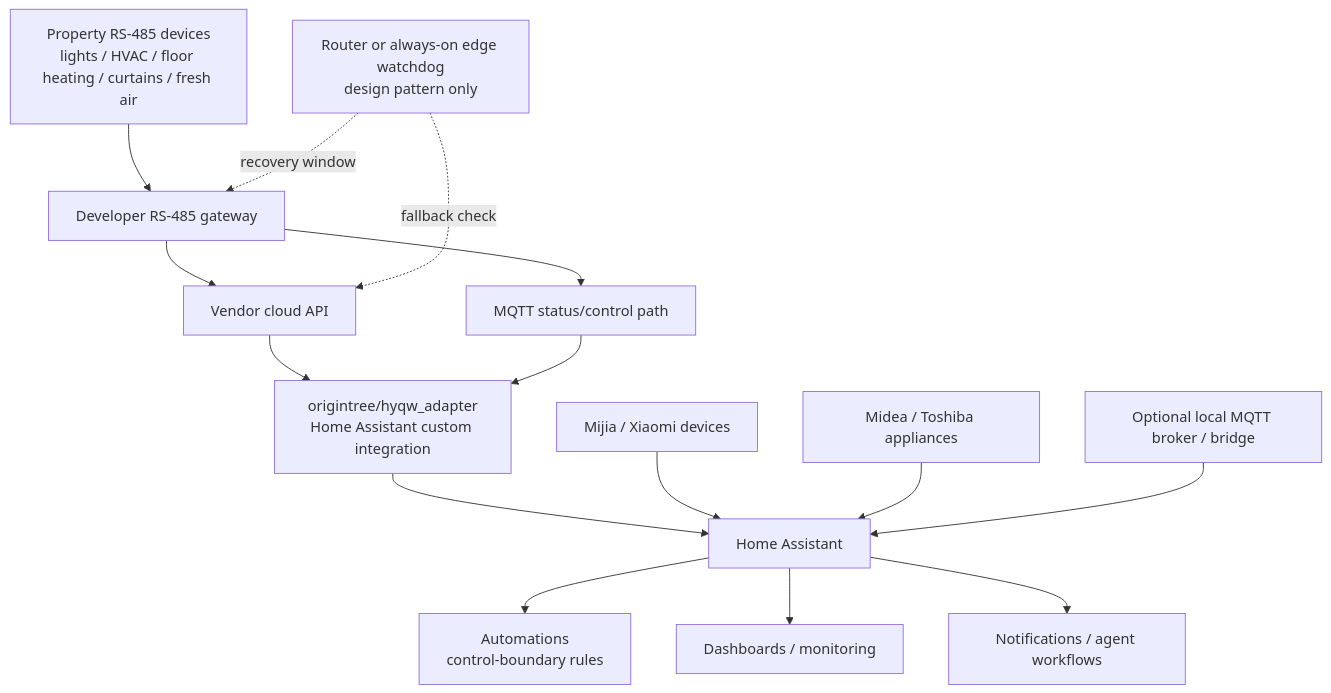
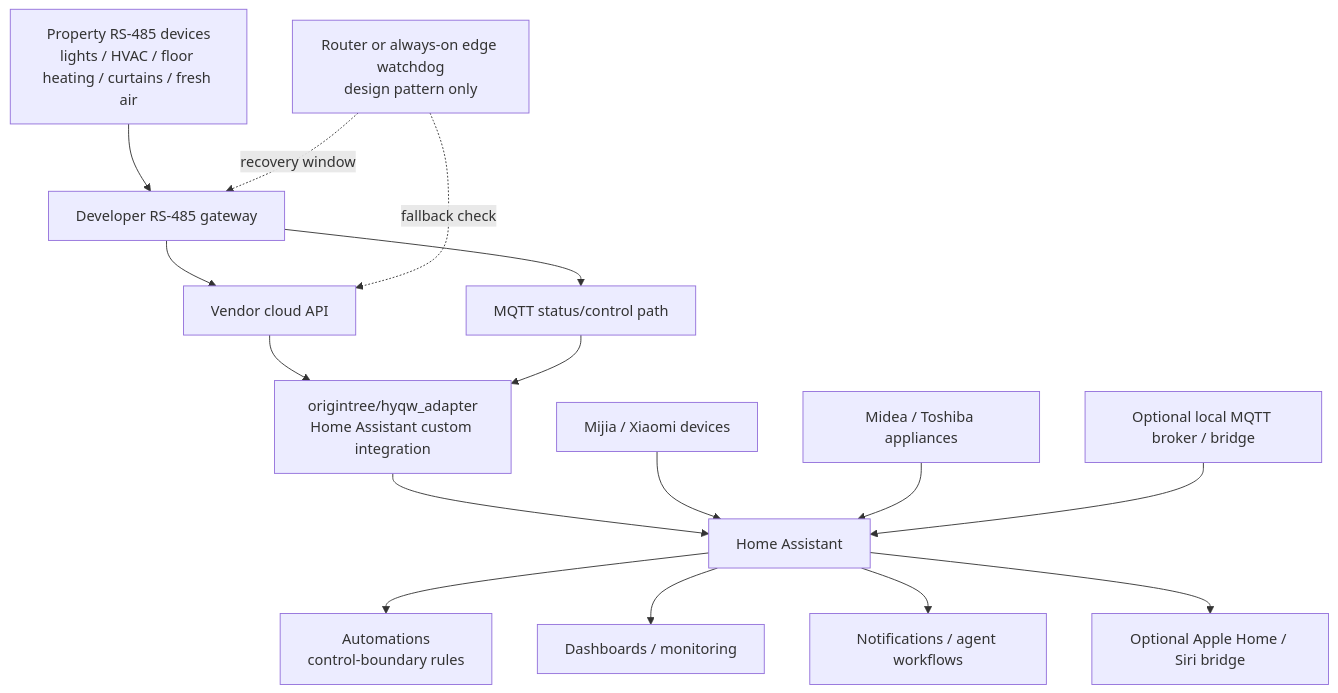
One commit to waiT-Chi/hyqw-ha-home-recipes changed the diagram in README.md. Above: the diagram before and after it, drawn with Mermaid. The commit also changed other lines of this file and 11 other files, not shown here.

````diff
--- a/README.md
+++ b/README.md
@@ -20,20 +20,21 @@
 ```mermaid
 flowchart TD
     A[Property RS-485 devices<br/>lights / HVAC / floor heating / curtains / fresh air] --> B[Developer RS-485 gateway]
     B --> C[Vendor cloud API]
     B --> D[MQTT status/control path]
     C --> E[origintree/hyqw_adapter<br/>Home Assistant custom integration]
     D --> E
     E --> F[Home Assistant]
 
     G[Mijia / Xiaomi devices] --> F
     H[Midea / Toshiba appliances] --> F
     I[Optional local MQTT broker / bridge] --> F
 
     F --> J[Automations<br/>control-boundary rules]
     F --> K[Dashboards / monitoring]
     F --> L[Notifications / agent workflows]
+    F --> N[Optional Apple Home / Siri bridge]
 
     M[Router or always-on edge watchdog<br/>design pattern only] -. recovery window .-> B
     M -. fallback check .-> C
 ```
````
